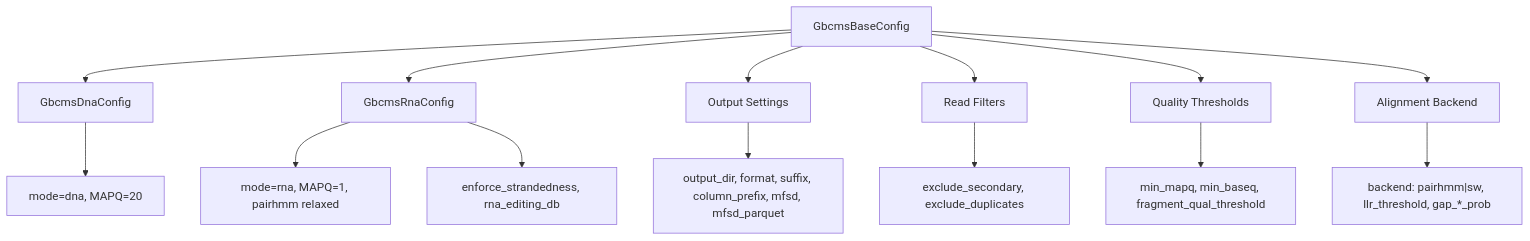
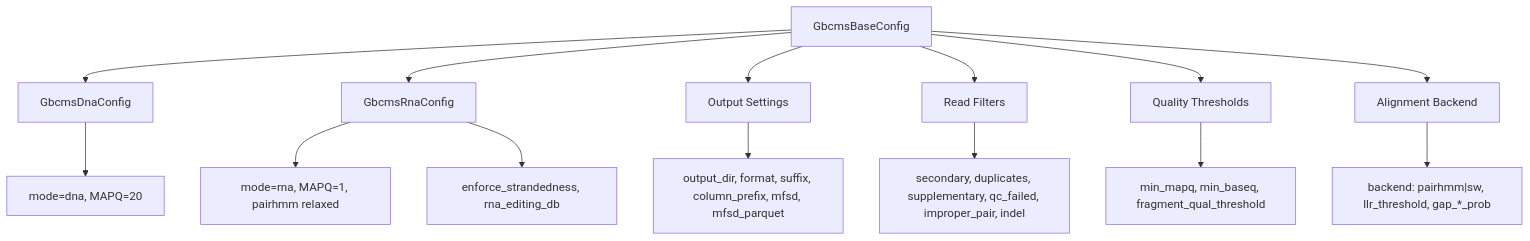
The fourth of 5 diagrams in docs/reference/architecture.md (msk-access/gbcms), drawn with Mermaid before and after one commit. The commit also changed 5 other files, not shown here.

````diff
--- a/docs/reference/architecture.md
+++ b/docs/reference/architecture.md
@@ -166,18 +166,18 @@
 ```mermaid
 flowchart TB
     Base[GbcmsBaseConfig] --> DnaConfig[GbcmsDnaConfig]
     Base --> RnaConfig[GbcmsRnaConfig]
     DnaConfig --> DnaDefaults["mode=dna, MAPQ=20"]
     RnaConfig --> RnaDefaults["mode=rna, MAPQ=1, pairhmm relaxed"]
     RnaConfig --> RnaSpecific["enforce_strandedness, rna_editing_db"]
     
     Base --> OutputConfig[Output Settings]
     Base --> ReadFilters[Read Filters]
     Base --> QualityThresholds[Quality Thresholds]
     Base --> AlignmentConfig[Alignment Backend]
     
     OutputConfig --> D1["output_dir, format, suffix, column_prefix, mfsd, mfsd_parquet"]
-    ReadFilters --> D2["exclude_secondary, exclude_duplicates"]
+    ReadFilters --> D2["secondary, duplicates, supplementary, qc_failed, improper_pair, indel"]
     QualityThresholds --> D3["min_mapq, min_baseq, fragment_qual_threshold"]
     AlignmentConfig --> D4["backend: pairhmm|sw, llr_threshold, gap_*_prob"]
 ```
````
